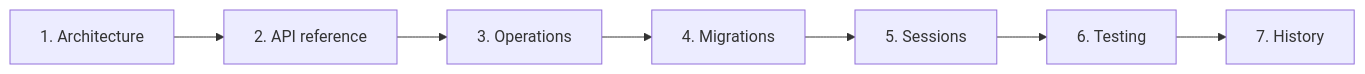
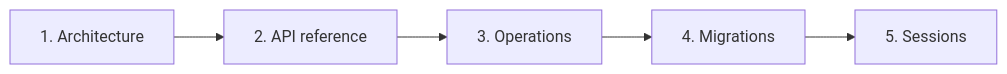
Before and after one commit to s3nsh1-dev/RoleControl_IAM: the diagram in server/docs/README.md, drawn with Mermaid. The commit also changed other lines of this file and 19 other files, not shown here.

````diff
--- a/server/docs/README.md
+++ b/server/docs/README.md
@@ -18,9 +16,7 @@
 ```mermaid
 flowchart LR
     A[1. Architecture] --> B[2. API reference]
     B --> C[3. Operations]
     C --> D[4. Migrations]
     D --> E[5. Sessions]
-    E --> F[6. Testing]
-    F --> G[7. History]
 ```
````
